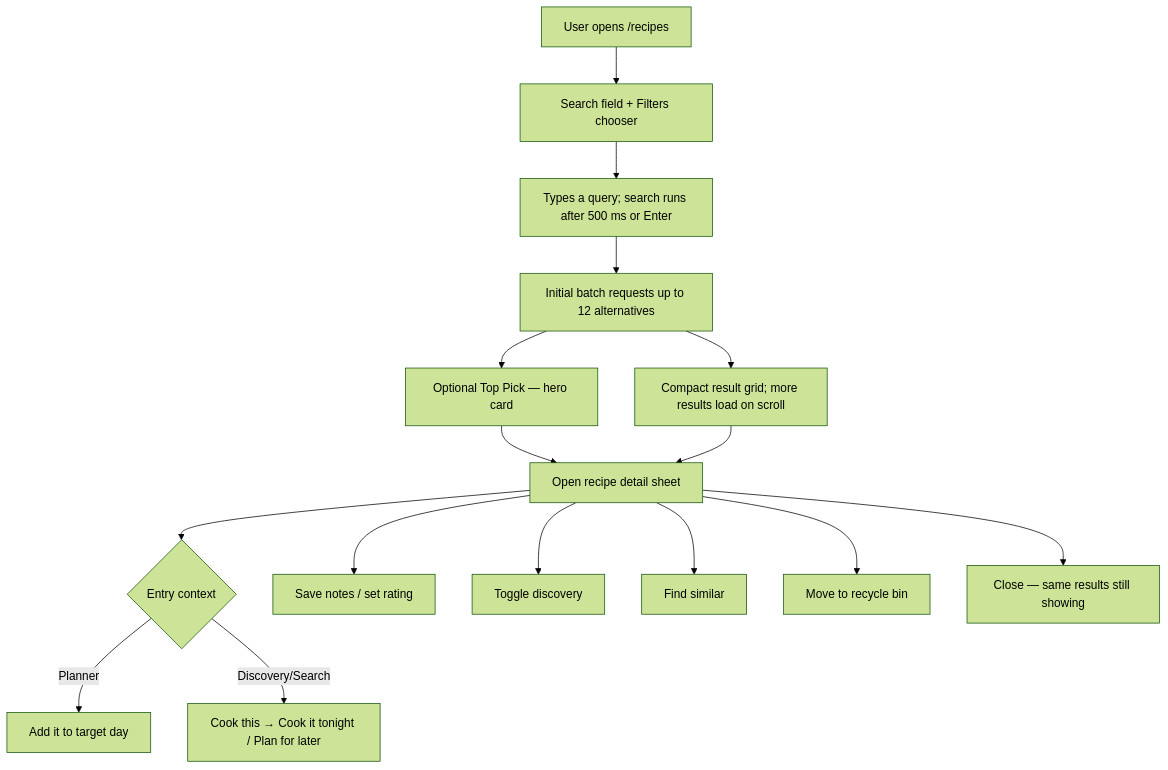
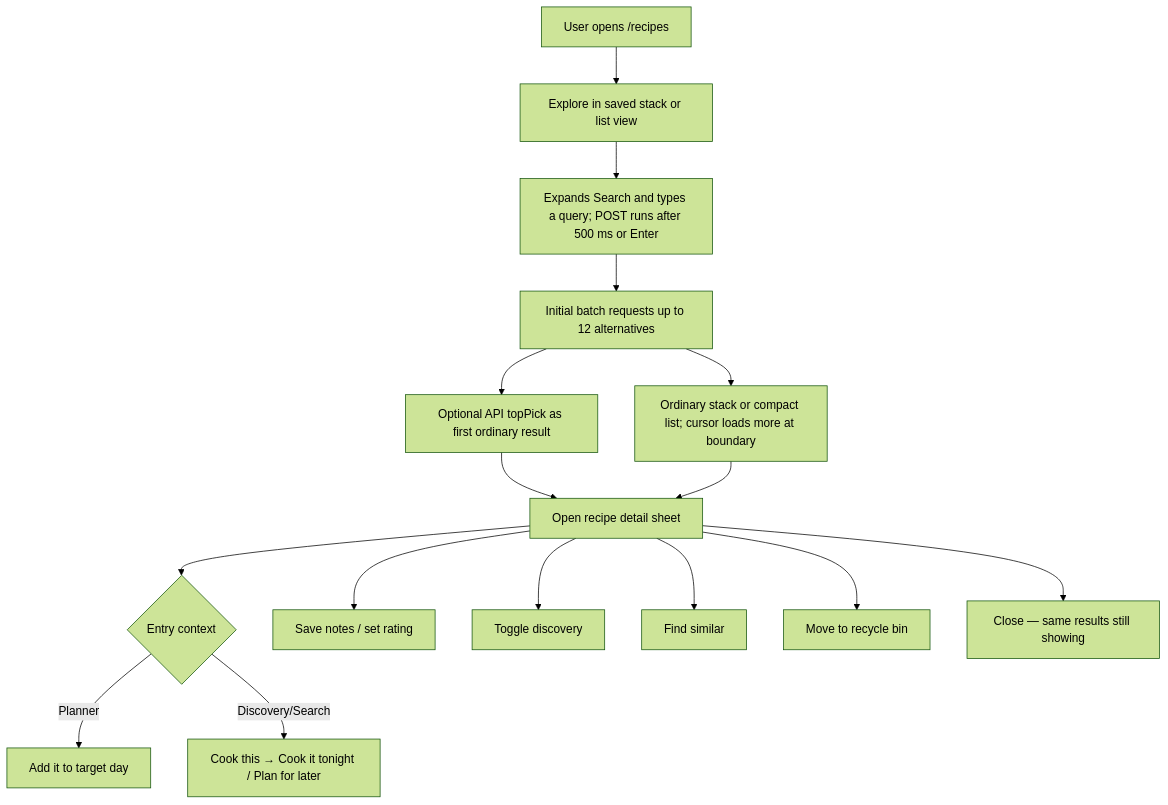
The first of 6 diagrams in docs/flows/user-flows/recipe-search-and-library-recovery.md (AlexandreBrisebois/whats-for-supper), drawn with Mermaid (forest theme) before and after one commit. The commit also changed other lines of this file and 138 other files, not shown here.

Commit message:
feat: unify recipe browsing and search with refined planning flows

````diff
--- a/docs/flows/user-flows/recipe-search-and-library-recovery.md
+++ b/docs/flows/user-flows/recipe-search-and-library-recovery.md
@@ -27,18 +27,18 @@
 ```mermaid
 flowchart TD
-    A[User opens /recipes] --> B[Search field + Filters chooser]
-    B --> C[Types a query; search runs after 500 ms or Enter]
+    A[User opens /recipes] --> B[Explore in saved stack or list view]
+    B --> C[Expands Search and types a query; POST runs after 500 ms or Enter]
     C --> D[Initial batch requests up to 12 alternatives]
-    D --> E[Optional Top Pick — hero card]
-    D --> F[Compact result grid; more results load on scroll]
+    D --> E[Optional API topPick as first ordinary result]
+    D --> F[Ordinary stack or compact list; cursor loads more at boundary]
     E --> G[Open recipe detail sheet]
     F --> G
     G --> H{Entry context}
     H -->|Planner| H1[Add it to target day]
     H -->|Discovery/Search| H2[Cook this → Cook it tonight / Plan for later]
     G --> I[Save notes / set rating]
     G --> J[Toggle discovery]
     G --> K[Find similar]
     G --> L[Move to recycle bin]
     G --> M[Close — same results still showing]
 ```
````
